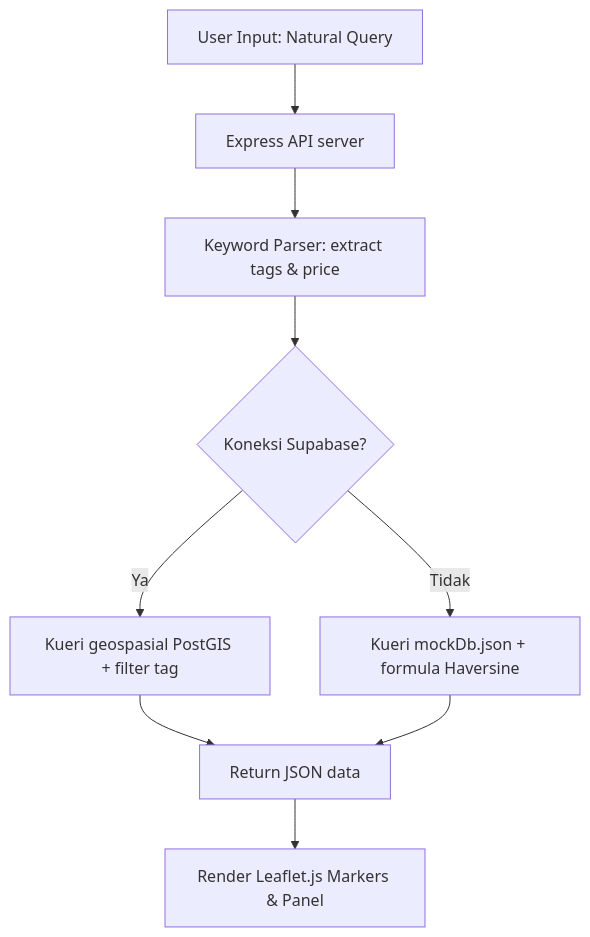
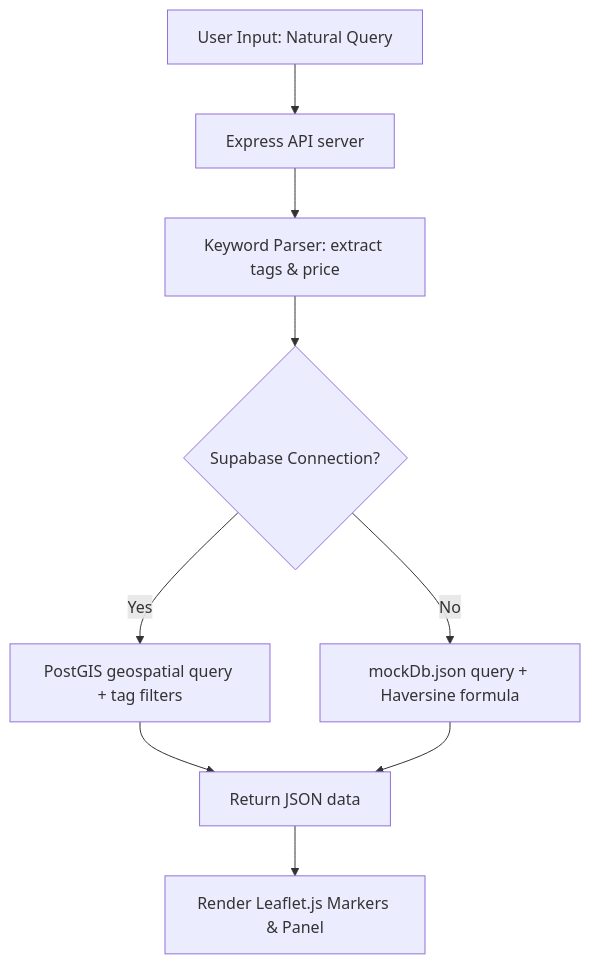
The diagram in laporanakhir.md (McDaveStar/Mapsy), drawn with Mermaid before and after one commit. The commit also changed other lines of this file, not shown here.

````diff
--- a/laporanakhir.md
+++ b/laporanakhir.md
@@ -74,11 +74,11 @@
 ```mermaid
 graph TD
     A[User Input: Natural Query] --> B[Express API server]
     B --> C[Keyword Parser: extract tags & price]
-    C --> D{Koneksi Supabase?}
-    D -- Ya --> E[Kueri geospasial PostGIS + filter tag]
-    D -- Tidak --> F[Kueri mockDb.json + formula Haversine]
+    C --> D{Supabase Connection?}
+    D -- Yes --> E[PostGIS geospatial query + tag filters]
+    D -- No --> F[mockDb.json query + Haversine formula]
     E --> G[Return JSON data]
     F --> G[Return JSON data]
     G --> H[Render Leaflet.js Markers & Panel]
 ```
````
